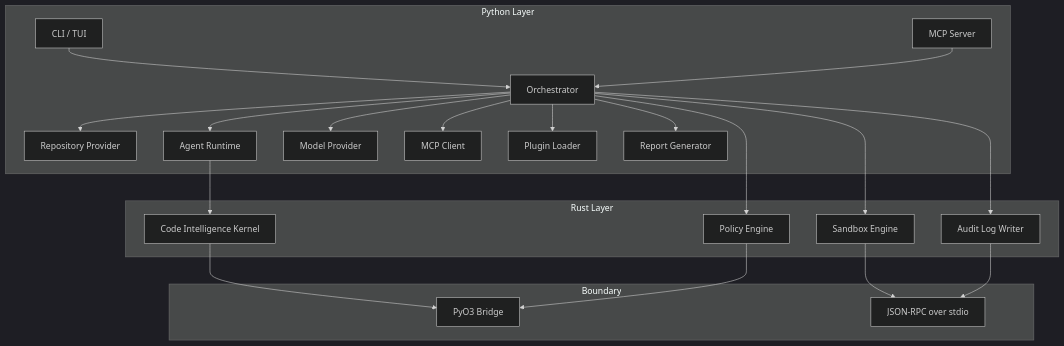
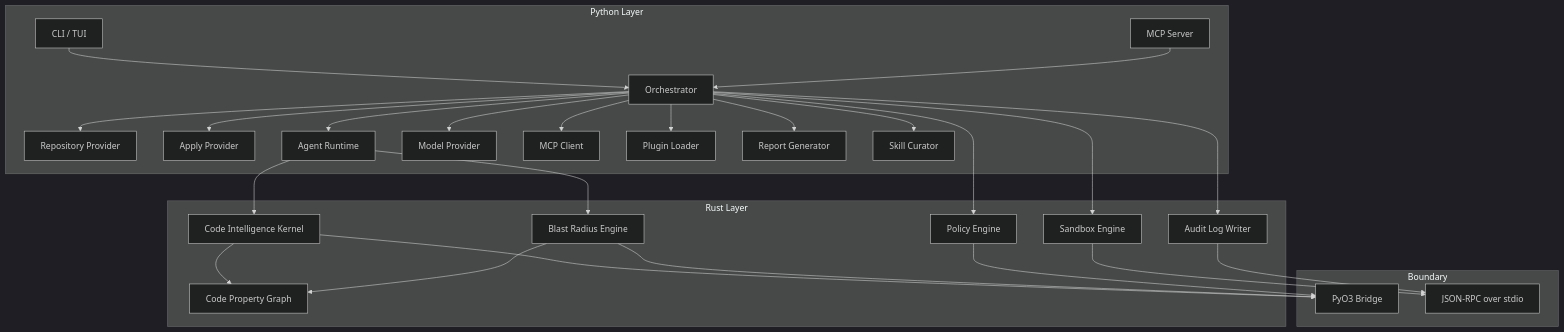
One commit to arubara2021/CodeGuardian changed the second of 25 diagrams in docs/04-architecture.md. Above: the diagram before and after it, drawn with Mermaid (dark theme). The commit also changed other lines of this file and 5 other files, not shown here.

````diff
--- a/docs/04-architecture.md
+++ b/docs/04-architecture.md
@@ -88,43 +84,53 @@
 ```mermaid
 flowchart TB
     subgraph Python["Python Layer"]
         CLI[CLI / TUI]
         Orchestrator[Orchestrator]
         RepoProvider[Repository Provider]
+        ApplyProvider[Apply Provider]
         AgentRuntime[Agent Runtime]
         ModelProvider[Model Provider]
         MCPClient[MCP Client]
         MCPServer[MCP Server]
         PluginLoader[Plugin Loader]
         ReportGenerator[Report Generator]
+        SkillCurator[Skill Curator]
     end
 
     subgraph Rust["Rust Layer"]
         CodeKernel[Code Intelligence Kernel]
+        CPG[Code Property Graph]
+        BlastEngine[Blast Radius Engine]
         SandboxEngine[Sandbox Engine]
         AuditWriter[Audit Log Writer]
         PolicyEngine[Policy Engine]
     end
 
     subgraph Boundary["Boundary"]
         PyO3[PyO3 Bridge]
         JSONRPC[JSON-RPC over stdio]
     end
 
     CLI --> Orchestrator
     Orchestrator --> AgentRuntime
     Orchestrator --> RepoProvider
+    Orchestrator --> ApplyProvider
     Orchestrator --> ModelProvider
     Orchestrator --> MCPClient
     Orchestrator --> PluginLoader
     Orchestrator --> ReportGenerator
+    Orchestrator --> SkillCurator
     AgentRuntime --> CodeKernel
+    AgentRuntime --> BlastEngine
     Orchestrator --> SandboxEngine
     Orchestrator --> AuditWriter
     Orchestrator --> PolicyEngine
+    CodeKernel --> CPG
+    BlastEngine --> CPG
     CodeKernel --> PyO3
+    BlastEngine --> PyO3
     PolicyEngine --> PyO3
     SandboxEngine --> JSONRPC
     AuditWriter --> JSONRPC
     MCPServer --> Orchestrator
 ```
````
